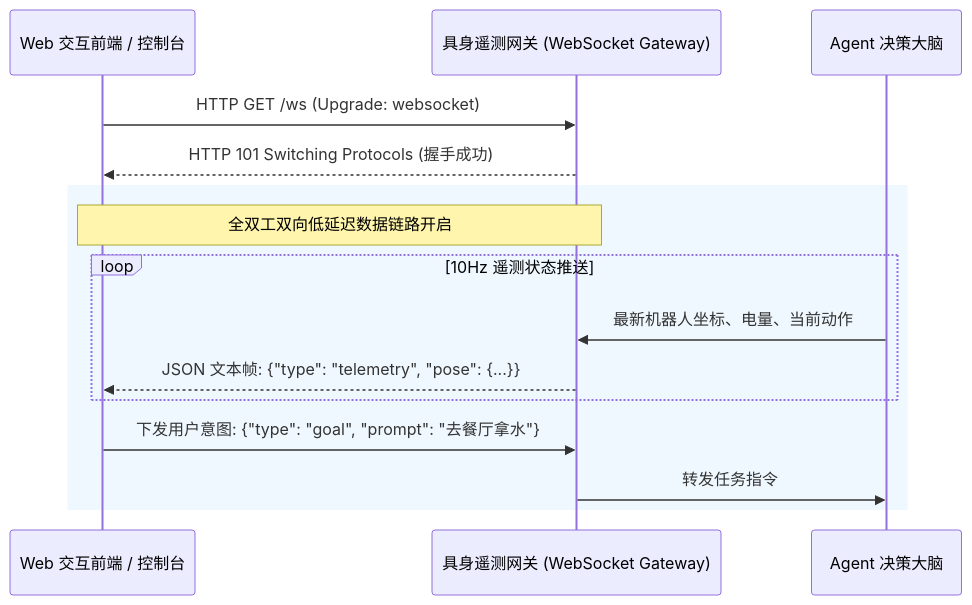
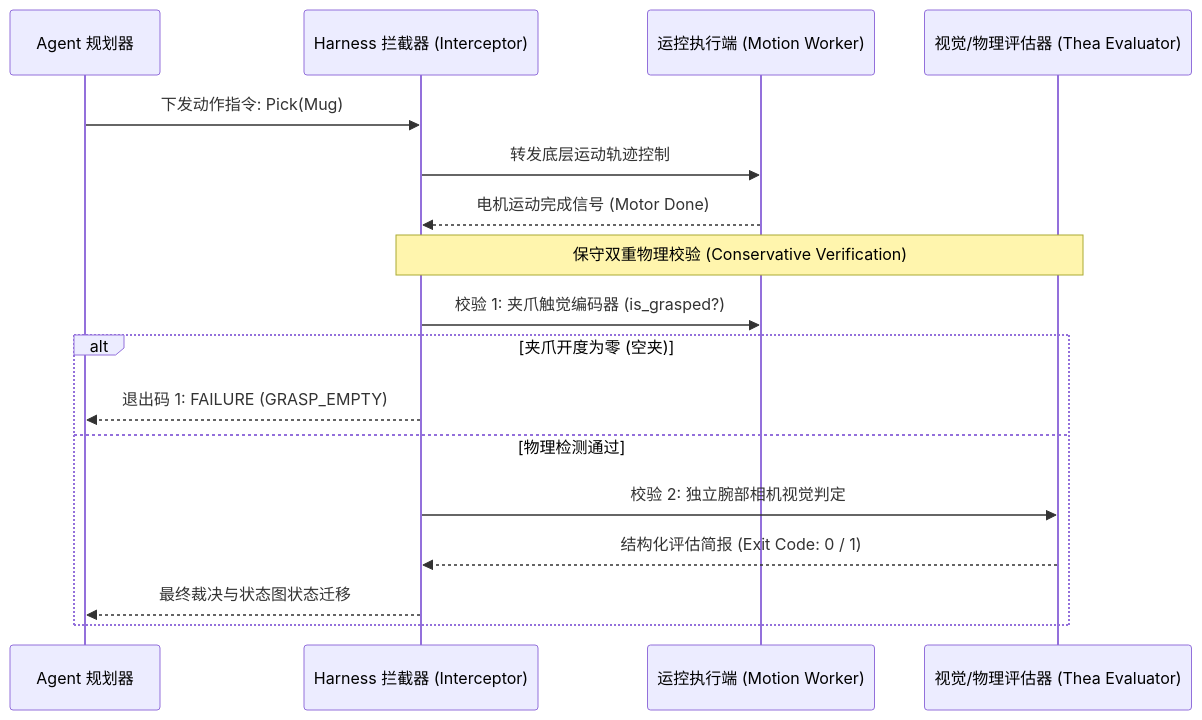
The third of 15 diagrams in _posts/research/2026-09-07-Embodied-Agent-Harness-Survey.md (TingdeLiu/tingdeliu.github.io), drawn with Mermaid before and after one commit. The commit also changed other lines of this file and 2 other files, not shown here.

Commit message:
feat(research): comprehensive upgrade to Embodied Agent Harness Survey with dual-module co-design & distributed systems engineering

````diff
--- a/_posts/research/2026-09-07-Embodied-Agent-Harness-Survey.md
+++ b/_posts/research/2026-09-07-Embodied-Agent-Harness-Survey.md
@@ -216,19 +209,21 @@
 ```mermaid
 sequenceDiagram
-    participant WebClient as Web 交互前端 / 控制台
-    participant WSGateway as 具身遥测网关 (WebSocket Gateway)
-    participant AgentCore as Agent 决策大脑
+    participant Agent as Agent 规划器
+    participant Interceptor as Harness 拦截器 (Interceptor)
+    participant Motion as 运控执行端 (Motion Worker)
+    participant Evaluator as 视觉/物理评估器 (Thea Evaluator)
 
-    WebClient->>WSGateway: HTTP GET /ws (Upgrade: websocket)
-    WSGateway-->>WebClient: HTTP 101 Switching Protocols (握手成功)
+    Agent->>Interceptor: 下发动作指令: Pick(Mug)
+    Interceptor->>Motion: 转发底层运动轨迹控制
+    Motion-->>Interceptor: 电机运动完成信号 (Motor Done)
     
-    rect rgb(240, 248, 255)
-        Note over WebClient, WSGateway: 全双工双向低延迟数据链路开启
-        loop 10Hz 遥测状态推送
-            AgentCore->>WSGateway: 最新机器人坐标、电量、当前动作
-            WSGateway-->>WebClient: JSON 文本帧: {"type": "telemetry", "pose": {...}}
-        end
-        WebClient->>WSGateway: 下发用户意图: {"type": "goal", "prompt": "去餐厅拿水"}
-        WSGateway->>AgentCore: 转发任务指令
+    Note over Interceptor, Evaluator: 保守双重物理校验 (Conservative Verification)
+    Interceptor->>Motion: 校验 1: 夹爪触觉编码器 (is_grasped?)
+    alt 夹爪开度为零 (空夹)
+        Interceptor-->>Agent: 退出码 1: FAILURE (GRASP_EMPTY)
+    else 物理检测通过
+        Interceptor->>Evaluator: 校验 2: 独立腕部相机视觉判定
+        Evaluator-->>Interceptor: 结构化评估简报 (Exit Code: 0 / 1)
+        Interceptor-->>Agent: 最终裁决与状态图状态迁移
     end
 ```
````
